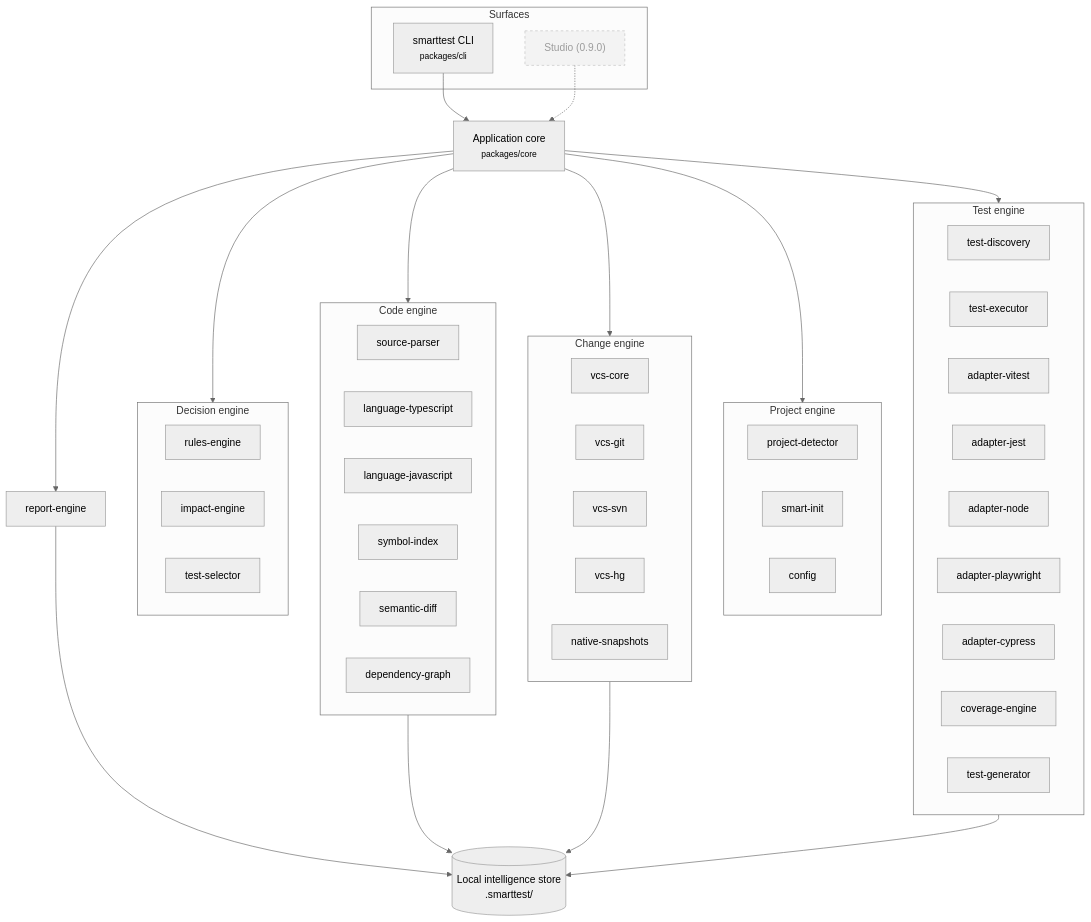
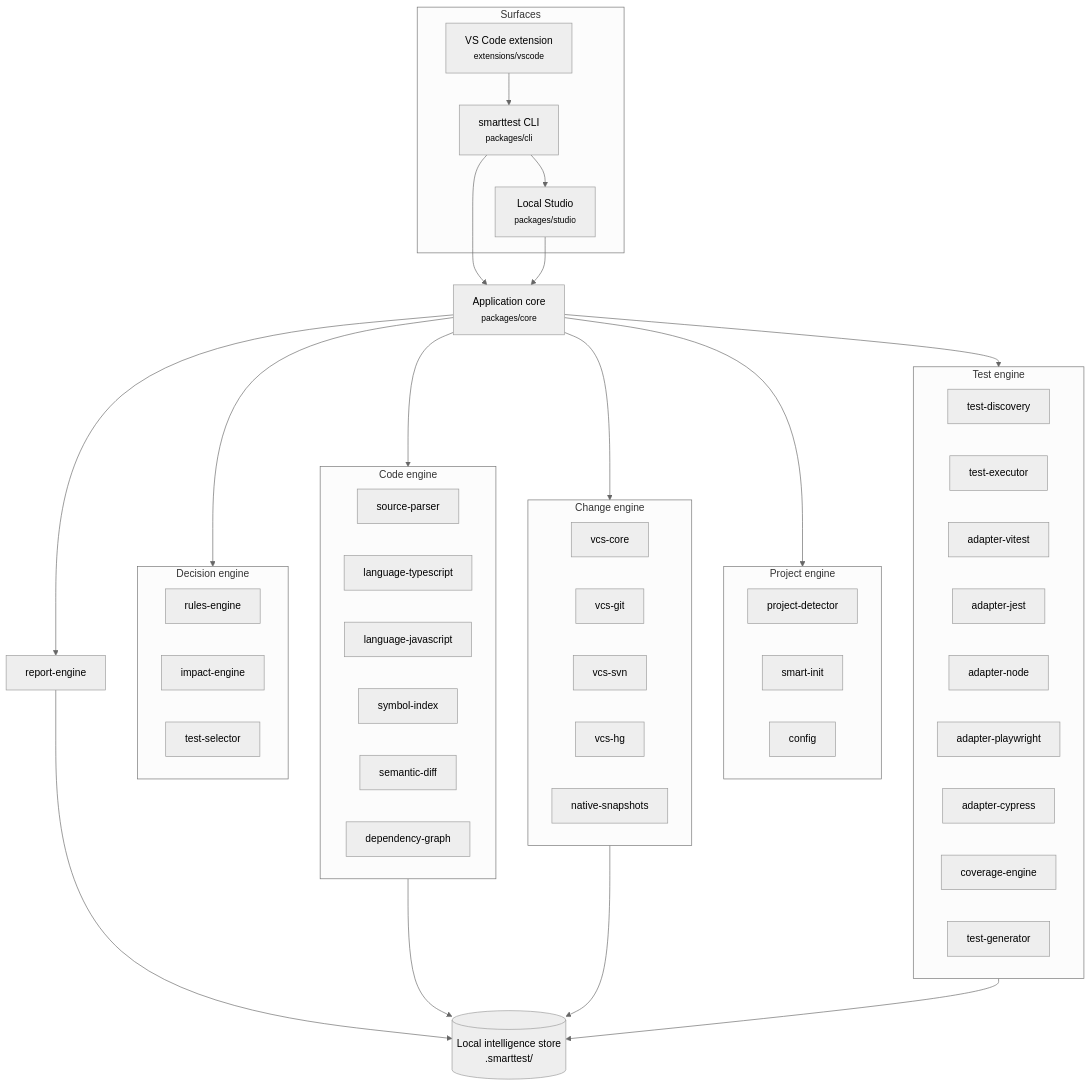
The first of 2 diagrams in documentation/architecture/overview.md (RemiPelloux/SmarttyTest), drawn with Mermaid (neutral theme) before and after one commit. The commit also changed other lines of this file and 193 other files, not shown here.

Commit message:
feat: release 0.9.0 hooks, local Studio and VS Code extension

````diff
--- a/documentation/architecture/overview.md
+++ b/documentation/architecture/overview.md
@@ -9,62 +9,64 @@
 ```mermaid
 flowchart TB
   subgraph Surface["Surfaces"]
     CLI["smarttest CLI<br/><small>packages/cli</small>"]
-    Studio["Studio (0.9.0)"]:::later
+    Studio["Local Studio<br/><small>packages/studio</small>"]
+    Editor["VS Code extension<br/><small>extensions/vscode</small>"]
   end
 
   CORE["Application core<br/><small>packages/core</small>"]
 
   subgraph Project["Project engine"]
     DET["project-detector"]
     INIT["smart-init"]
     CFG["config"]
   end
 
   subgraph Change["Change engine"]
     VCSCORE["vcs-core"]
     GIT["vcs-git"]
     SVN["vcs-svn"]
     HG["vcs-hg"]
     SNAP["native-snapshots"]
   end
 
   subgraph Code["Code engine"]
     PARSER["source-parser"]
     TS["language-typescript"]
     JS["language-javascript"]
     SYM["symbol-index"]
     SEM["semantic-diff"]
     GRAPH["dependency-graph"]
   end
 
   subgraph Decide["Decision engine"]
     RULES["rules-engine"]
     IMPACT["impact-engine"]
     SEL["test-selector"]
   end
 
   subgraph Test["Test engine"]
     DISC["test-discovery"]
     EXEC["test-executor"]
     VIT["adapter-vitest"]
     JEST["adapter-jest"]
     NODE["adapter-node"]
     PW["adapter-playwright"]
     CY["adapter-cypress"]
     COV["coverage-engine"]
     GEN["test-generator"]
   end
 
   REP["report-engine"]
   STORE[("Local intelligence store<br/>.smarttest/")]
 
   CLI --> CORE
-  Studio -.-> CORE
+  CLI --> Studio
+  Studio --> CORE
+  Editor --> CLI
   CORE --> Project & Change & Code & Decide & Test & REP
   Code --> STORE
   Change --> STORE
   Test --> STORE
   REP --> STORE
-  classDef later stroke-dasharray: 4 4,opacity:0.6
 ```
````
